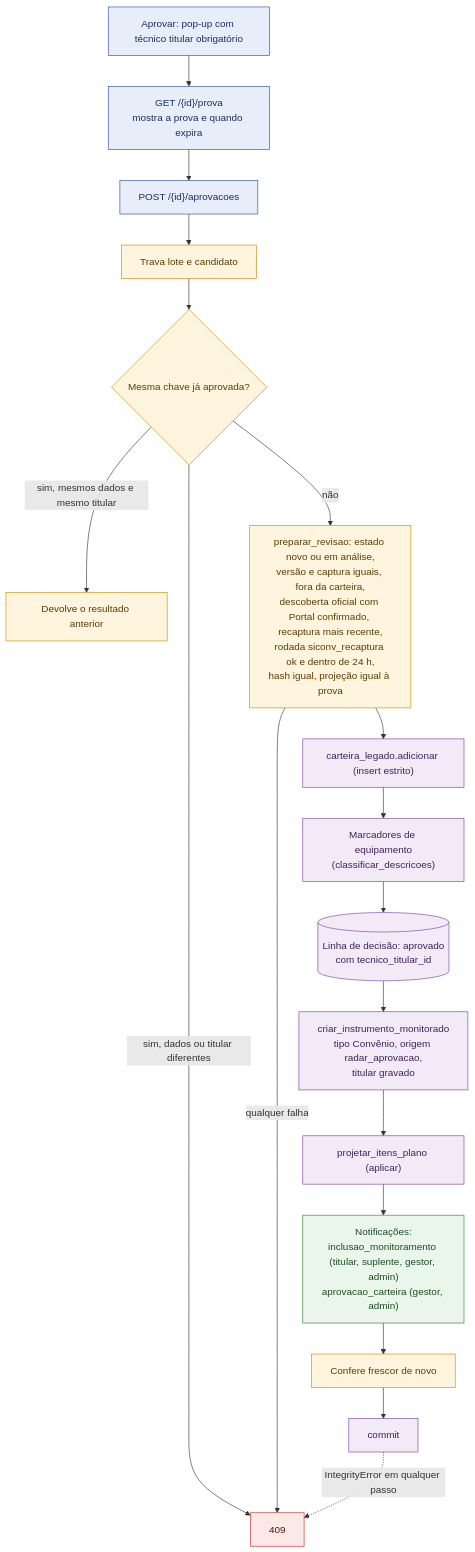
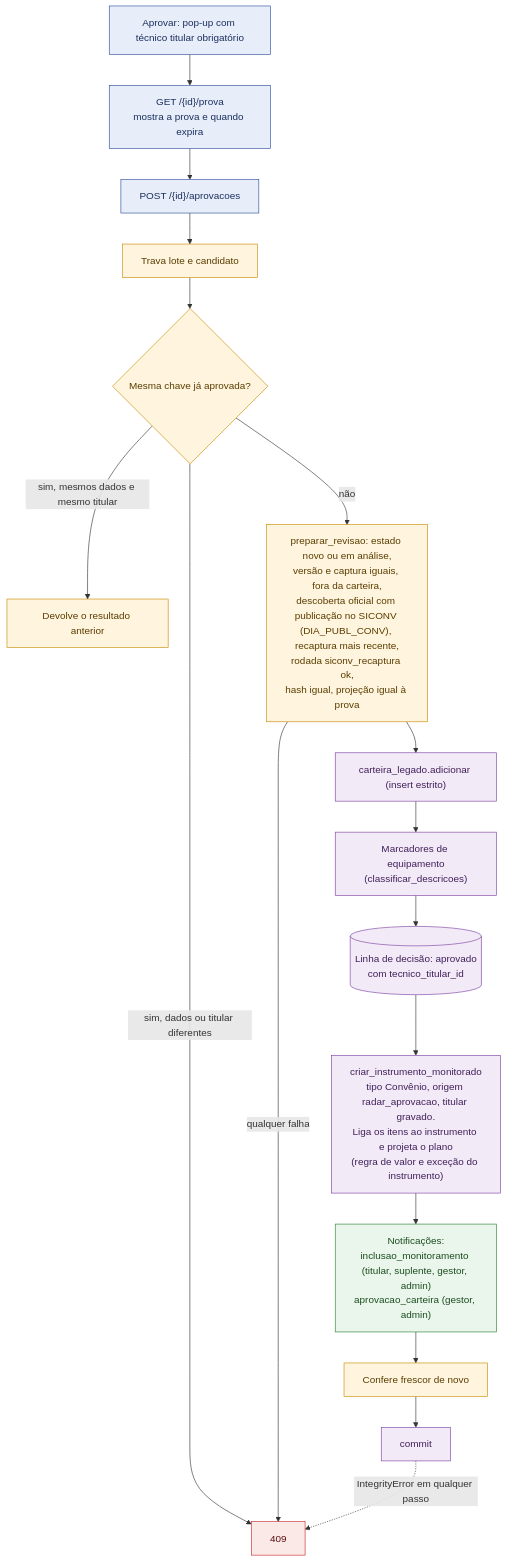
The ninth of 21 diagrams in docs/mermaid/radar-instrumentos.md (devs-ministerio/par_equipamentos), drawn with Mermaid before and after one commit. The commit also changed other lines of this file and 4 other files, not shown here.

Commit message:
docs: atualiza mapas Mermaid e dicionário (Portal opcional, projeção na criação do instrumento, decisão da fila, fora de escopo)

````diff
--- a/docs/mermaid/radar-instrumentos.md
+++ b/docs/mermaid/radar-instrumentos.md
@@ -223,26 +223,25 @@
 ```mermaid
 flowchart TB
     classDef tela fill:#E8EEF9,stroke:#2A4D9B,color:#1a2f5e
     classDef regra fill:#FFF4DD,stroke:#C98A00,color:#5a3d00
     classDef dado fill:#F3EAF7,stroke:#7B3FA0,color:#40205a
     classDef erro fill:#FBE9E7,stroke:#C62828,color:#5a1010
     classDef aviso fill:#EAF6EC,stroke:#2E7D32,color:#1b4d1e
 
     UI["Aprovar: pop-up com técnico titular obrigatório"]:::tela --> PROVA["GET /{id}/prova<br/>mostra a prova e quando expira"]:::tela
     PROVA --> POST["POST /{id}/aprovacoes"]:::tela
     POST --> T1["Trava lote e candidato"]:::regra
     T1 --> RP{"Mesma chave já aprovada?"}:::regra
     RP -->|"sim, mesmos dados e mesmo titular"| IDEM["Devolve o resultado anterior"]:::regra
     RP -->|"sim, dados ou titular diferentes"| E1["409"]:::erro
-    RP -->|"não"| REV["preparar_revisao: estado novo ou em análise,<br/>versão e captura iguais, fora da carteira,<br/>descoberta oficial com Portal confirmado, recaptura mais recente,<br/>rodada siconv_recaptura ok e dentro de 24 h,<br/>hash igual, projeção igual à prova"]:::regra
+    RP -->|"não"| REV["preparar_revisao: estado novo ou em análise,<br/>versão e captura iguais, fora da carteira,<br/>descoberta oficial com publicação no SICONV (DIA_PUBL_CONV), recaptura mais recente,<br/>rodada siconv_recaptura ok,<br/>hash igual, projeção igual à prova"]:::regra
     REV -->|"qualquer falha"| E1
     REV --> CART["carteira_legado.adicionar (insert estrito)"]:::dado
     CART --> MARC["Marcadores de equipamento<br/>(classificar_descricoes)"]:::dado
     MARC --> DECR[("Linha de decisão: aprovado<br/>com tecnico_titular_id")]:::dado
-    DECR --> INST["criar_instrumento_monitorado<br/>tipo Convênio, origem radar_aprovacao,<br/>titular gravado"]:::dado
-    INST --> ITP["projetar_itens_plano (aplicar)"]:::dado
-    ITP --> NOT["Notificações:<br/>inclusao_monitoramento (titular, suplente, gestor, admin)<br/>aprovacao_carteira (gestor, admin)"]:::aviso
+    DECR --> INST["criar_instrumento_monitorado<br/>tipo Convênio, origem radar_aprovacao, titular gravado.<br/>Liga os itens ao instrumento e projeta o plano<br/>(regra de valor e exceção do instrumento)"]:::dado
+    INST --> NOT["Notificações:<br/>inclusao_monitoramento (titular, suplente, gestor, admin)<br/>aprovacao_carteira (gestor, admin)"]:::aviso
     NOT --> FRESC["Confere frescor de novo"]:::regra
     FRESC --> COM["commit"]:::dado
     COM -. "IntegrityError em qualquer passo" .-> E1
 ```
````
